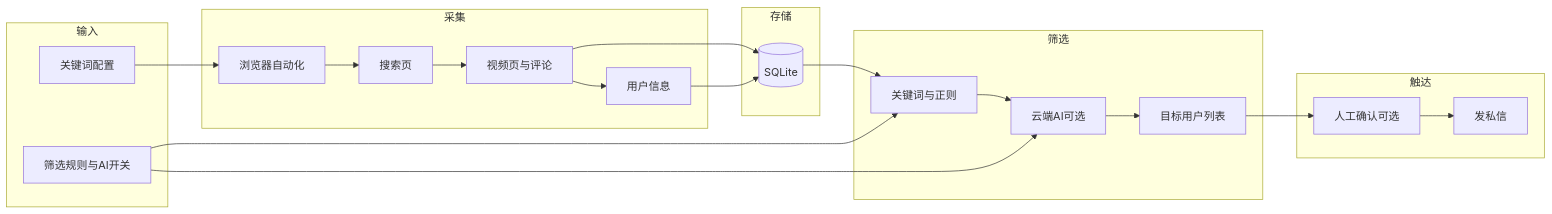
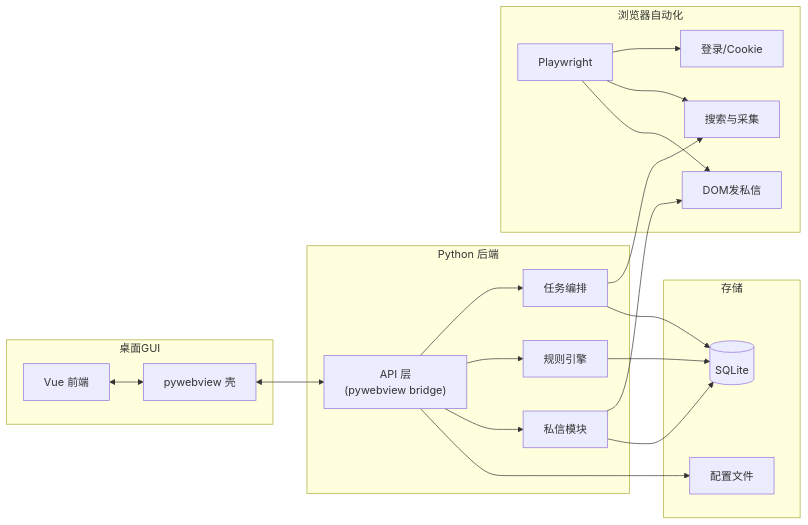
Before and after one commit to CamarilloG/douyin-reach: the first of 2 diagrams in docs/00-总览与索引.md, drawn with Mermaid. The commit also changed other lines of this file and 58 other files, not shown here.

````diff
--- a/docs/00-总览与索引.md
+++ b/docs/00-总览与索引.md
@@ -28,38 +60,37 @@
 ```mermaid
 flowchart LR
-  subgraph input [输入]
-    K[关键词配置]
-    R[筛选规则与AI开关]
+  subgraph gui [桌面GUI]
+    PW["pywebview 壳"]
+    Vue["Vue 前端"]
   end
-  subgraph crawl [采集]
-    B[浏览器自动化]
-    S[搜索页]
-    V[视频页与评论]
-    U[用户信息]
+  subgraph backend [Python 后端]
+    API["API 层<br/>(pywebview bridge)"]
+    Task["任务编排"]
+    Filter["规则引擎"]
+    DM["私信模块"]
+  end
+  subgraph browser [浏览器自动化]
+    PL["Playwright"]
+    Login["登录/Cookie"]
+    Search["搜索与采集"]
+    Send["DOM发私信"]
   end
   subgraph storage [存储]
-    DB[(SQLite)]
+    DB[("SQLite")]
+    Config["配置文件"]
   end
-  subgraph filter [筛选]
-    Rule[关键词与正则]
-    AI[云端AI可选]
-    List[目标用户列表]
-  end
-  subgraph send [触达]
-    Confirm[人工确认可选]
-    DM[发私信]
-  end
-  K --> B
-  B --> S
-  S --> V
-  V --> U
-  V --> DB
-  U --> DB
-  DB --> Rule
-  Rule --> AI
-  AI --> List
-  List --> Confirm
-  Confirm --> DM
-  R --> Rule
-  R --> AI
+  Vue <--> PW
+  PW <--> API
+  API --> Task
+  API --> Filter
+  API --> DM
+  Task --> Search
+  DM --> Send
+  PL --> Login
+  PL --> Search
+  PL --> Send
+  Task --> DB
+  Filter --> DB
+  DM --> DB
+  API --> Config
 ```
````
